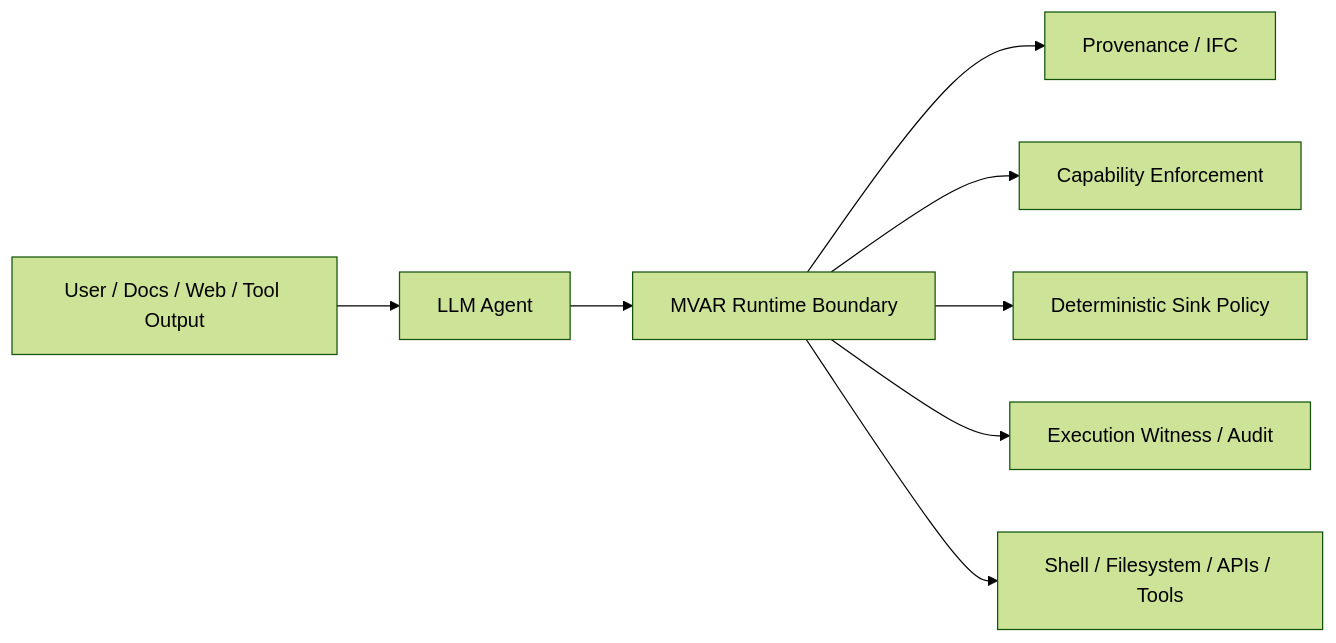
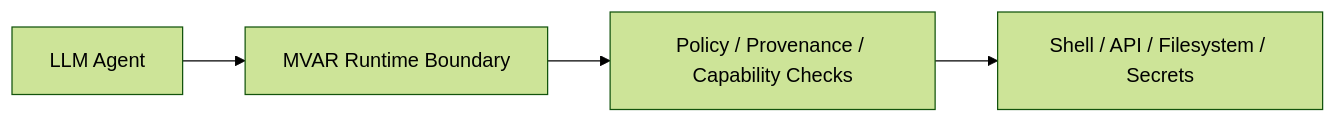
The diagram in README.md (mvar-security/mvar), drawn with Mermaid (forest theme) before and after one commit. The commit also changed other lines of this file and 4 other files, not shown here.

````diff
--- a/README.md
+++ b/README.md
@@ -152,10 +135,6 @@
 ```mermaid
 flowchart LR
-    A[User / Docs / Web / Tool Output] --> B[LLM Agent]
-    B --> C[MVAR Runtime Boundary]
-    C --> C1[Provenance / IFC]
-    C --> C2[Capability Enforcement]
-    C --> C3[Deterministic Sink Policy]
-    C --> C4[Execution Witness / Audit]
-    C --> D[Shell / Filesystem / APIs / Tools]
+    A[LLM Agent] --> B[MVAR Runtime Boundary]
+    B --> C[Policy / Provenance / Capability Checks]
+    C --> D[Shell / API / Filesystem / Secrets]
 ```
````
